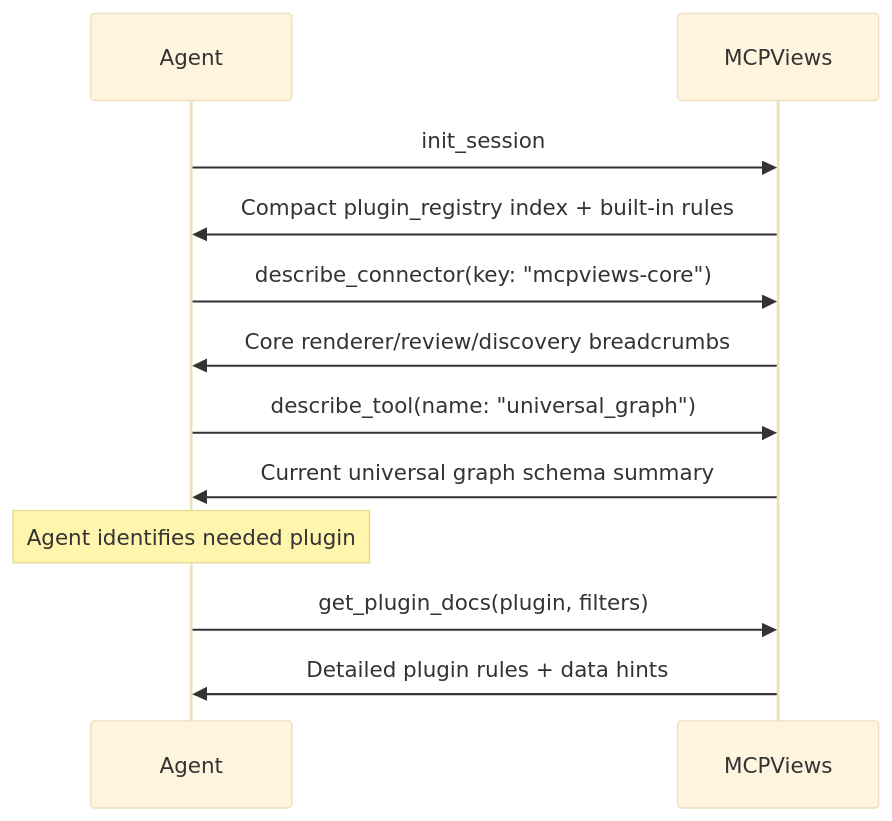
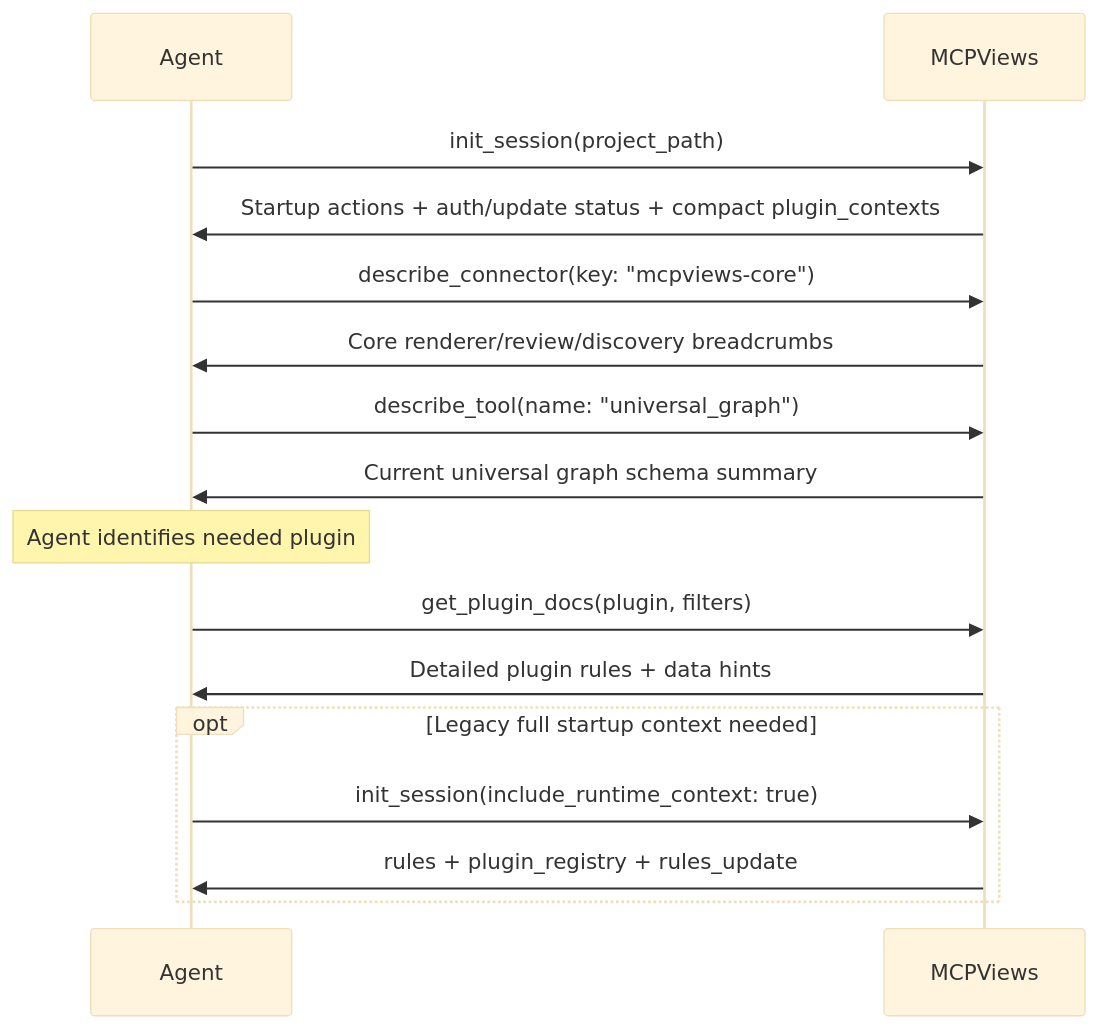
The second of 2 diagrams in docs/api-reference.md (DeeJanuz/mcp-mux), drawn with Mermaid (base theme) before and after one commit. The commit also changed other lines of this file and 6 other files, not shown here.

Commit message:
feat: default init_session to lean startup

````diff
--- a/docs/api-reference.md
+++ b/docs/api-reference.md
@@ -968,15 +968,19 @@
 ```mermaid
 sequenceDiagram
     participant Agent as Agent
     participant MV as MCPViews
 
-    Agent->>MV: init_session
-    MV->>Agent: Compact plugin_registry index + built-in rules
+    Agent->>MV: init_session(project_path)
+    MV->>Agent: Startup actions + auth/update status + compact plugin_contexts
     Agent->>MV: describe_connector(key: "mcpviews-core")
     MV->>Agent: Core renderer/review/discovery breadcrumbs
     Agent->>MV: describe_tool(name: "universal_graph")
     MV->>Agent: Current universal graph schema summary
     Note over Agent: Agent identifies needed plugin
     Agent->>MV: get_plugin_docs(plugin, filters)
     MV->>Agent: Detailed plugin rules + data hints
+    opt Legacy full startup context needed
+        Agent->>MV: init_session(include_runtime_context: true)
+        MV->>Agent: rules + plugin_registry + rules_update
+    end
 ```
````
